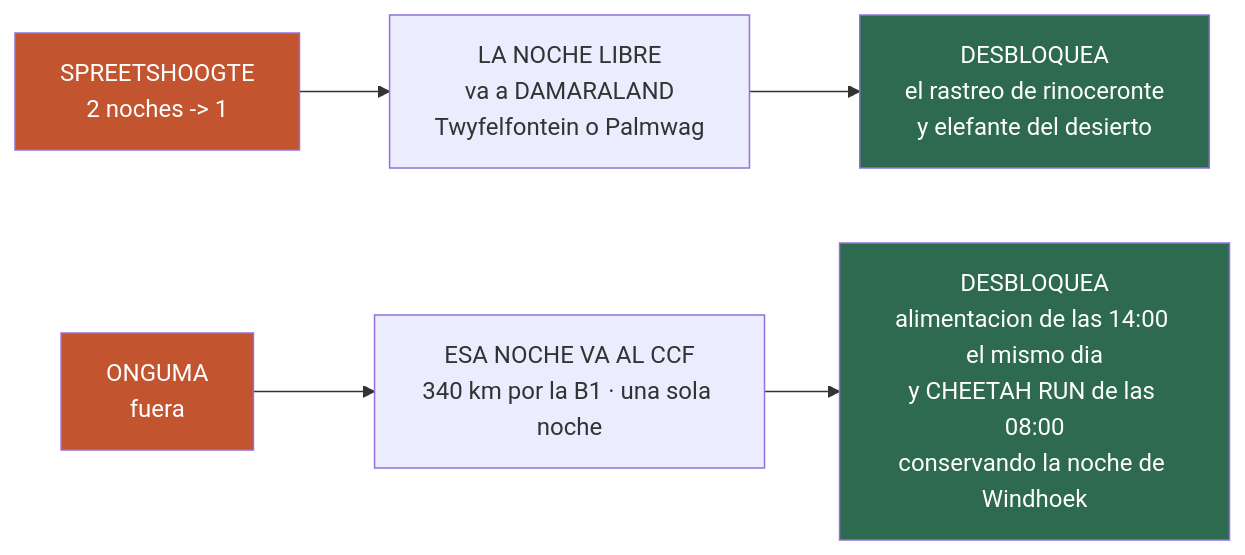
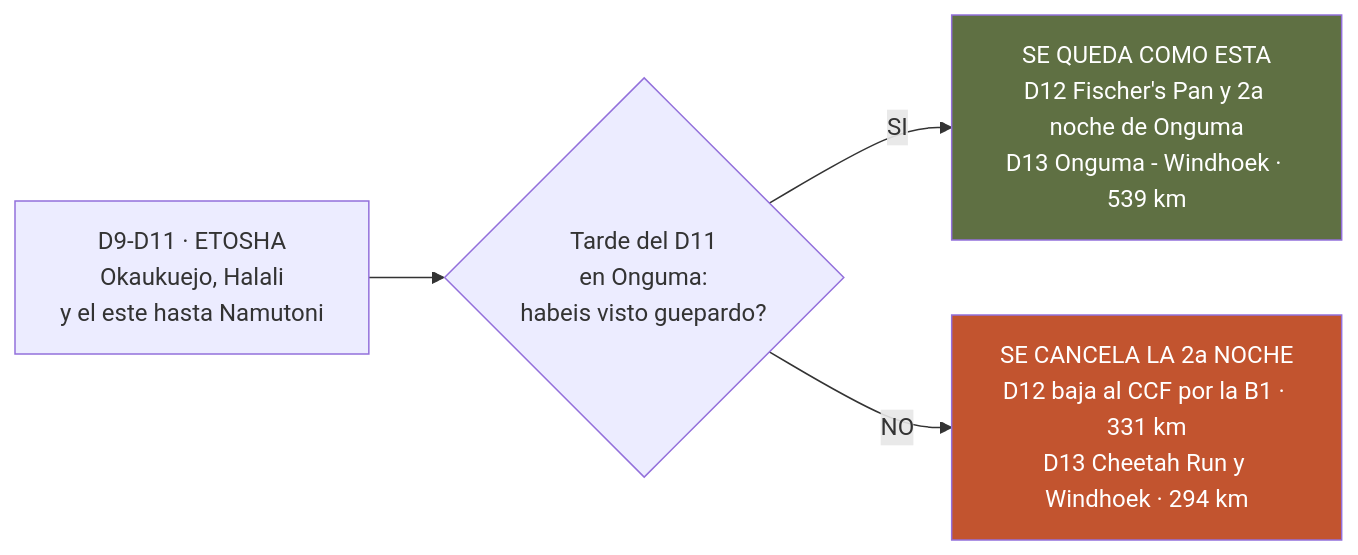
Before and after one commit to morandeirachema/namibia: the diagram in 24-ruta-alternativa.md, drawn with Mermaid. The commit also changed other lines of this file and 44 other files, not shown here.

First line of the commit message:
El calendario se rehace sobre las reservas hechas: Spreetshoogte una noche, Twyfelfontein nueva y Onguma por Namutoni

````diff
--- a/24-ruta-alternativa.md
+++ b/24-ruta-alternativa.md
@@ -112,12 +40,9 @@
 ```mermaid
 flowchart LR
 %% ancho
-    A["SPREETSHOOGTE<br/>2 noches -> 1"] --> B["LA NOCHE LIBRE<br/>va a DAMARALAND<br/>Twyfelfontein o Palmwag"]
-    B --> C["DESBLOQUEA<br/>el rastreo de rinoceronte<br/>y elefante del desierto"]
-    D["ONGUMA<br/>fuera"] --> E["ESA NOCHE VA AL CCF<br/>340 km por la B1 · una sola noche"]
-    E --> F["DESBLOQUEA<br/>alimentacion de las 14:00 el mismo dia<br/>y CHEETAH RUN de las 08:00<br/>conservando la noche de Windhoek"]
-    style A fill:#C2542F,color:#fff
+    A["D9-D11 · ETOSHA<br/>Okaukuejo, Halali<br/>y el este hasta Namutoni"] --> B{"Tarde del D11<br/>en Onguma:<br/>habeis visto guepardo?"}
+    B -->|"SI"| C["SE QUEDA COMO ESTA<br/>D12 Fischer's Pan y 2a noche de Onguma<br/>D13 Onguma - Windhoek · 539 km"]
+    B -->|"NO"| D["SE CANCELA LA 2a NOCHE<br/>D12 baja al CCF por la B1 · 331 km<br/>D13 Cheetah Run y Windhoek · 294 km"]
+    style C fill:#5F7043,color:#fff
     style D fill:#C2542F,color:#fff
-    style C fill:#2d6a4f,color:#fff
-    style F fill:#2d6a4f,color:#fff
 ```
````
